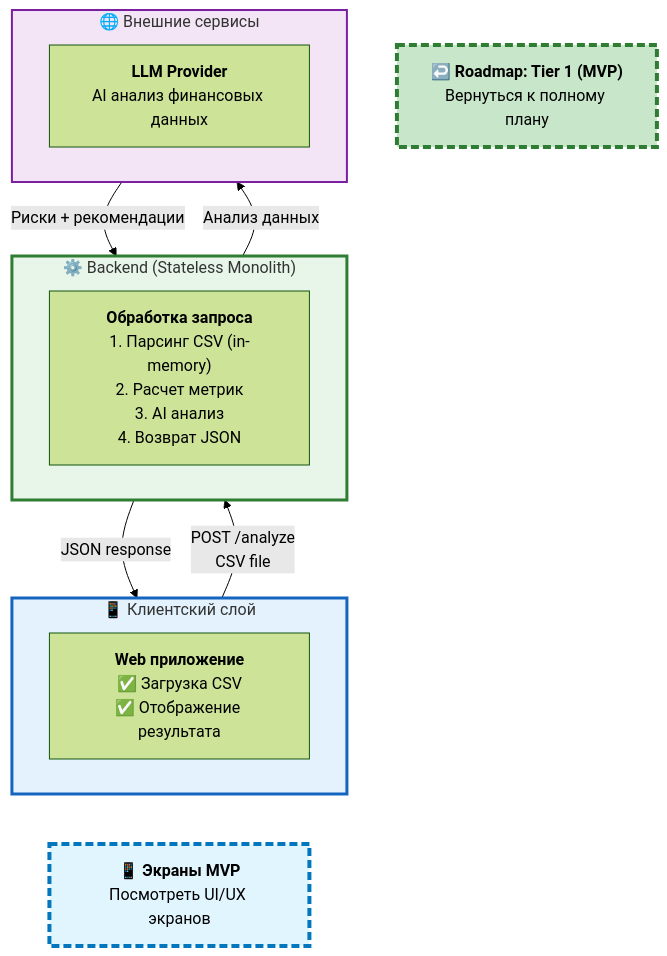
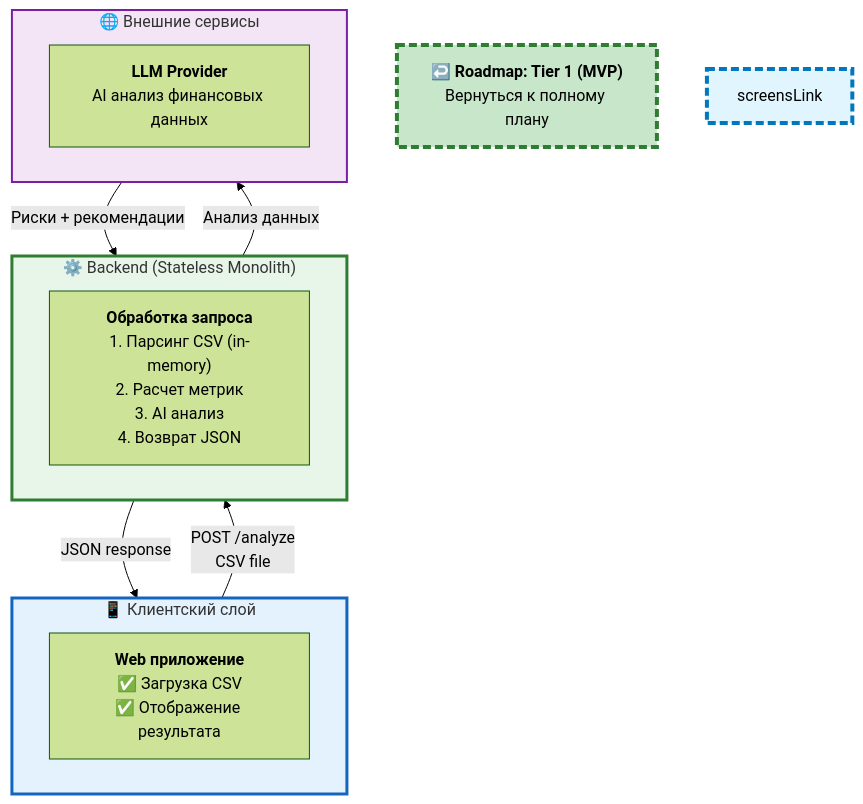
One commit to Ne4to777/financial-ai-analytics changed the diagram in mindmap/diagrams/02a-architecture-mvp.md. Above: the diagram before and after it, drawn with Mermaid (forest theme). The commit also changed 6 other files, not shown here.

First line of the commit message:
remove: delete all screen tier diagrams (06a, 06b, 06c)

````diff
--- a/mindmap/diagrams/02a-architecture-mvp.md
+++ b/mindmap/diagrams/02a-architecture-mvp.md
@@ -8,39 +8,35 @@
 ```mermaid
 graph TB
     subgraph client ["📱 Клиентский слой"]
         direction LR
         web["<b>Web приложение</b><br/>✅ Загрузка CSV<br/>✅ Отображение результата"]
     end
     
     client -->|"POST /analyze<br/>CSV file"| backend
     
     subgraph backend ["⚙️ Backend (Stateless Monolith)"]
         direction LR
         
         process["<b>Обработка запроса</b><br/>1. Парсинг CSV (in-memory)<br/>2. Расчет метрик<br/>3. AI анализ<br/>4. Возврат JSON"]
     end
     
     backend -->|"Анализ данных"| llm
     llm -->|"Риски + рекомендации"| backend
     backend -->|"JSON response"| client
     
     subgraph external ["🌐 Внешние сервисы"]
         direction LR
         
         llm["<b>LLM Provider</b><br/>AI анализ финансовых данных"]
     end
     
     mvpPhase["↩️ <b>Roadmap: Tier 1 (MVP)</b><br/>Вернуться к полному плану"]
-    screensLink["📱 <b>Экраны MVP</b><br/>Посмотреть UI/UX экранов"]
-    
-    client ~~~ screensLink
     
     click mvpPhase "?diagram=10" "Вернуться к Roadmap"
-    click screensLink "?diagram=06a" "Перейти к экранам MVP"
     
     style client fill:#e3f2fd,stroke:#1565c0,stroke-width:3px
     style backend fill:#e8f5e9,stroke:#2e7d32,stroke-width:3px
     style external fill:#f3e5f5,stroke:#7b1fa2,stroke-width:2px
     style mvpPhase fill:#c8e6c9,stroke:#2e7d32,stroke-width:4px,stroke-dasharray: 8 4,cursor:pointer,color:#000
     style screensLink fill:#e1f5fe,stroke:#0277bd,stroke-width:4px,stroke-dasharray: 8 4,cursor:pointer,color:#000
 ```
````
